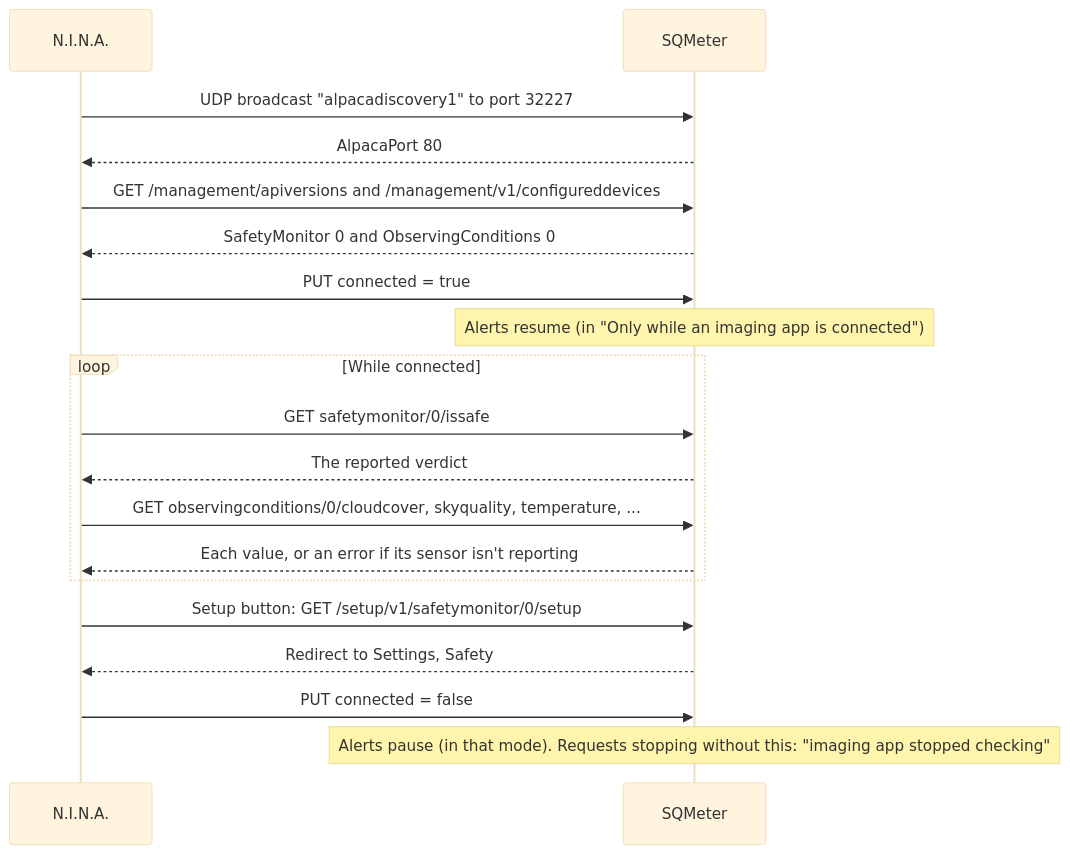
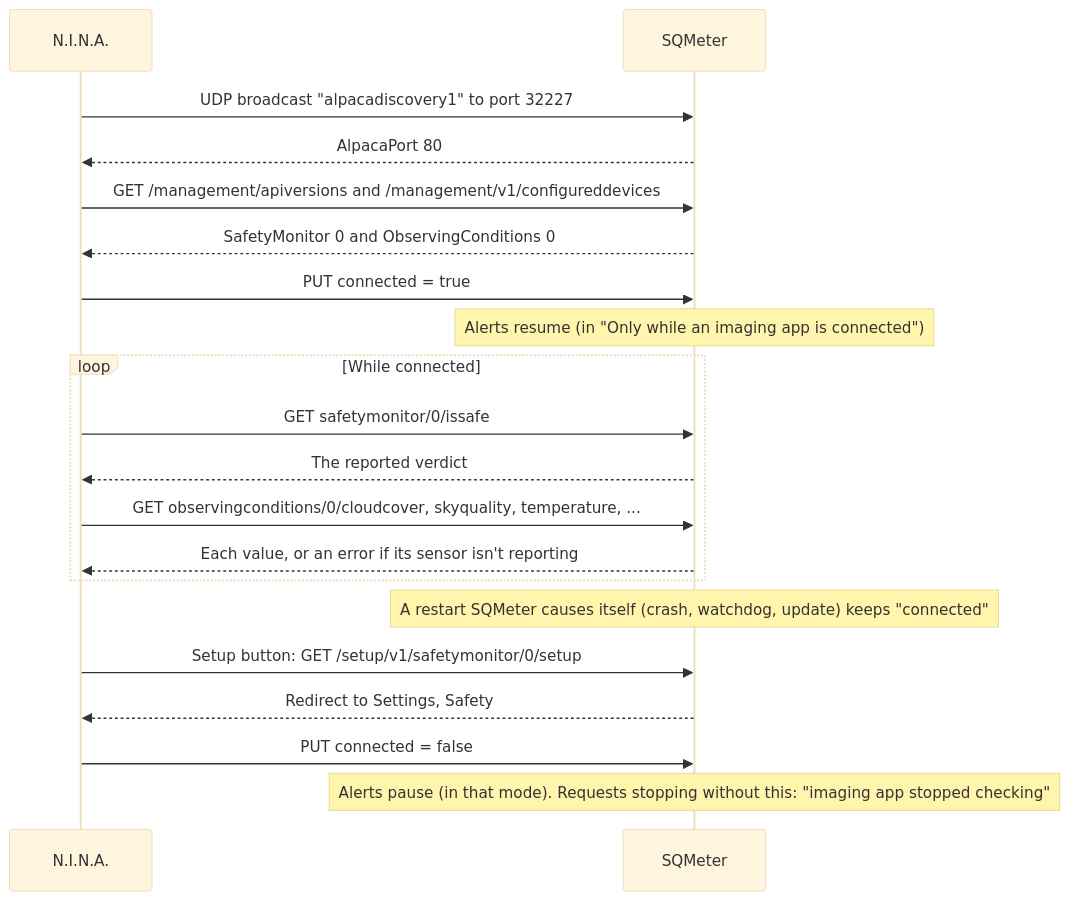
One commit to DeanJ87/SQMeter changed the first of 3 diagrams in docs/user-guide/alpaca.md. Above: the diagram before and after it, drawn with Mermaid (base theme). The commit also changed other lines of this file and 30 other files, not shown here.

````diff
--- a/docs/user-guide/alpaca.md
+++ b/docs/user-guide/alpaca.md
@@ -33,23 +33,24 @@
 ```mermaid
 sequenceDiagram
     accTitle: N.I.N.A. and SQMeter over Alpaca
     accDescr: N.I.N.A. broadcasts a discovery request on UDP port 32227 and SQMeter answers with its port. N.I.N.A. then lists the devices through the management API, connects, and polls IsSafe and the weather properties. Its Setup button opens SQMeter's safety settings.
     participant N as N.I.N.A.
     participant S as SQMeter
     N->>S: UDP broadcast "alpacadiscovery1" to port 32227
     S-->>N: AlpacaPort 80
     N->>S: GET /management/apiversions and /management/v1/configureddevices
     S-->>N: SafetyMonitor 0 and ObservingConditions 0
     N->>S: PUT connected = true
     Note over S: Alerts resume (in "Only while an imaging app is connected")
     loop While connected
         N->>S: GET safetymonitor/0/issafe
         S-->>N: The reported verdict
         N->>S: GET observingconditions/0/cloudcover, skyquality, temperature, ...
         S-->>N: Each value, or an error if its sensor isn't reporting
     end
+    Note over S: A restart SQMeter causes itself (crash, watchdog, update) keeps "connected"
     N->>S: Setup button: GET /setup/v1/safetymonitor/0/setup
     S-->>N: Redirect to Settings, Safety
     N->>S: PUT connected = false
     Note over S: Alerts pause (in that mode). Requests stopping without this: "imaging app stopped checking"
 ```
````
